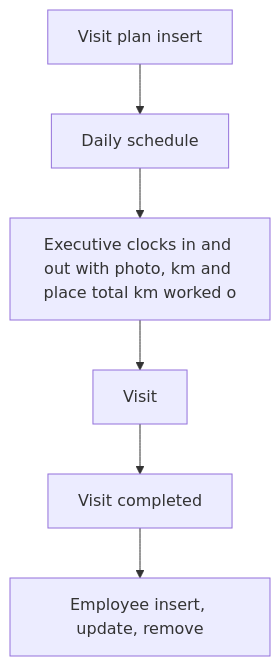
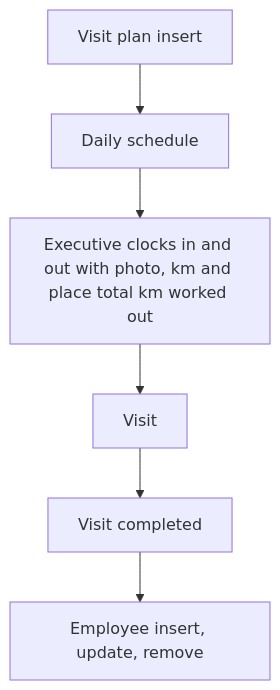
The diagram in neome-studio/reference/template-bank/apps/APP-field-visit-management.md (AadityaParmar/studio-agent), drawn with Mermaid before and after one commit. The commit also changed other lines of this file and 172 other files, not shown here.

````diff
--- a/neome-studio/reference/template-bank/apps/APP-field-visit-management.md
+++ b/neome-studio/reference/template-bank/apps/APP-field-visit-management.md
@@ -43,14 +43,14 @@
 ```mermaid
 flowchart TD
   A["Visit plan insert"]
   B["Daily schedule"]
-  C["Executive clocks in and out with photo, km and place total km worked o"]
+  C["Executive clocks in and out with photo, km and place total km worked out"]
   D["Visit"]
   E["Visit completed"]
   F["Employee insert, update, remove"]
   A --> B
   B --> C
   C --> D
   D --> E
   E --> F
 ```
````
